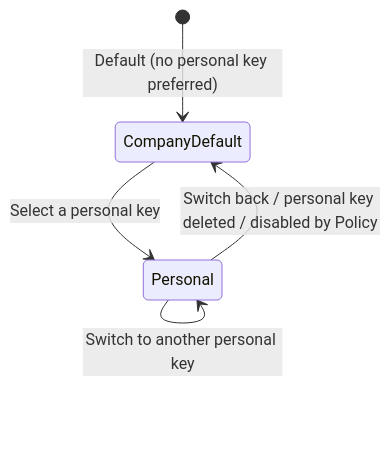
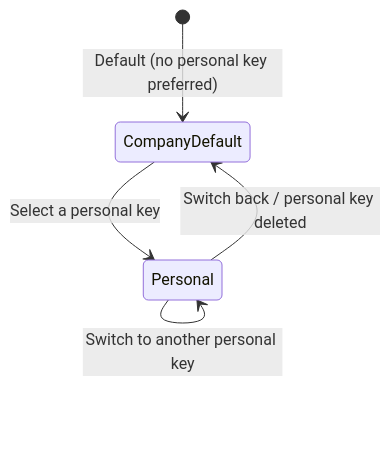
The second of 3 diagrams in dev/prd/credentials.md (langgenius/mosoo), drawn with Mermaid before and after one commit. The commit also changed other lines of this file and 8 other files, not shown here.

````diff
--- a/dev/prd/credentials.md
+++ b/dev/prd/credentials.md
@@ -113,7 +108,7 @@
 ```mermaid
 stateDiagram-v2
   [*] --> CompanyDefault: Default (no personal key preferred)
   CompanyDefault --> Personal: Select a personal key
-  Personal --> CompanyDefault: Switch back / personal key deleted / disabled by Policy
+  Personal --> CompanyDefault: Switch back / personal key deleted
   Personal --> Personal: Switch to another personal key
 ```
````
